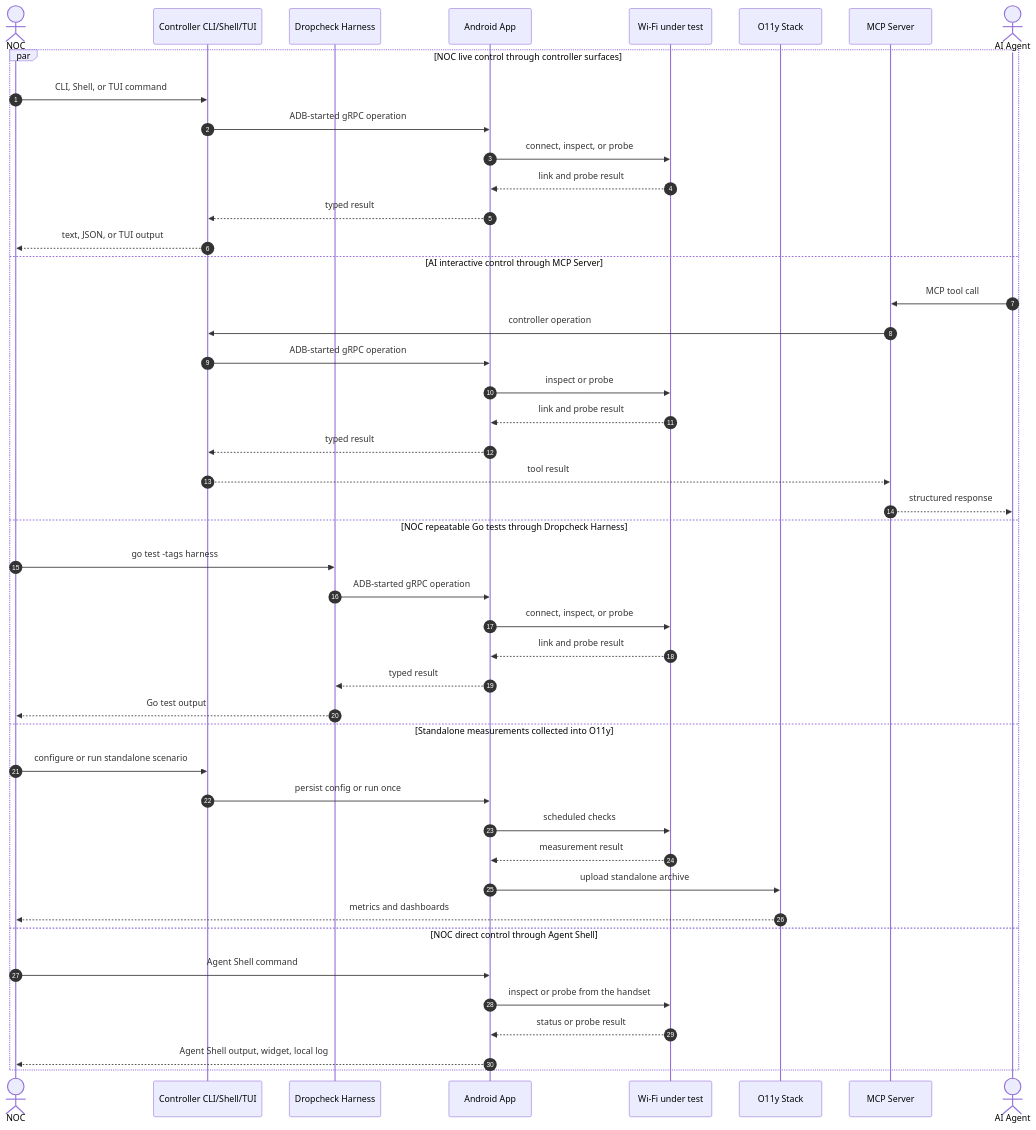
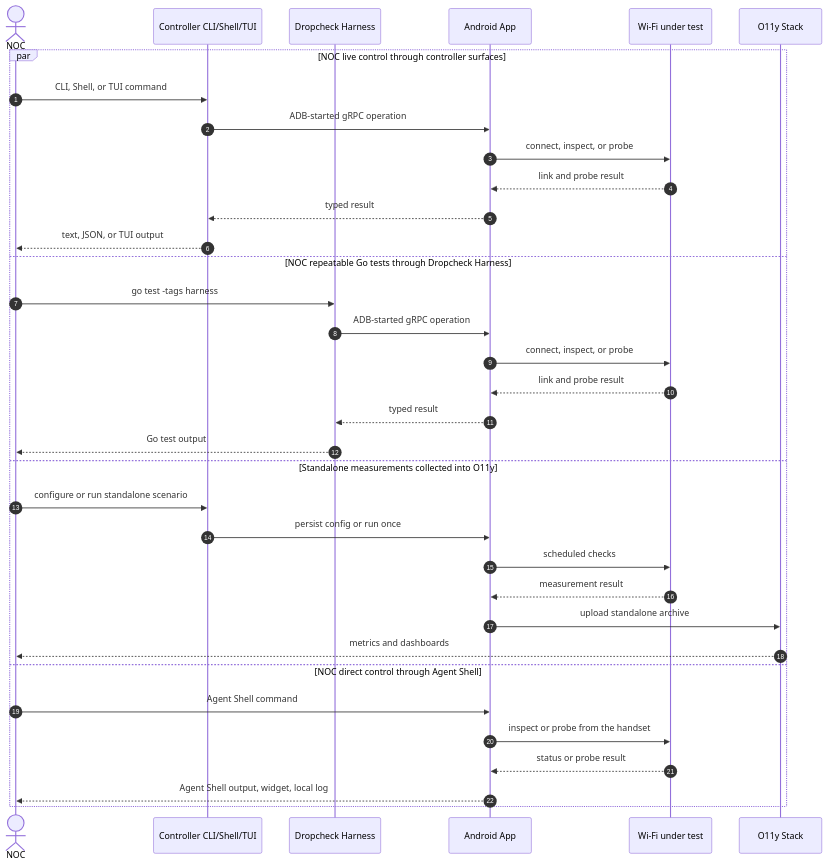
Before and after one commit to mi2428/dropcheck-agent: the diagram in README.md, drawn with Mermaid. The commit also changed other lines of this file and 19 other files, not shown here.

````diff
--- a/README.md
+++ b/README.md
@@ -14,49 +14,38 @@
 ```mermaid
 sequenceDiagram
   autonumber
   actor NOC as NOC
   participant Controller as Controller CLI/Shell/TUI
   participant Harness as Dropcheck Harness
   participant App as Android App
   participant WiFi as Wi-Fi under test
   participant O11y as O11y Stack
-  participant MCP as MCP Server
-  actor AI as AI Agent
 
   par NOC live control through controller surfaces
     NOC->>Controller: CLI, Shell, or TUI command
     Controller->>App: ADB-started gRPC operation
     App->>WiFi: connect, inspect, or probe
     WiFi-->>App: link and probe result
     App-->>Controller: typed result
     Controller-->>NOC: text, JSON, or TUI output
-  and AI interactive control through MCP Server
-    AI->>MCP: MCP tool call
-    MCP->>Controller: controller operation
-    Controller->>App: ADB-started gRPC operation
-    App->>WiFi: inspect or probe
-    WiFi-->>App: link and probe result
-    App-->>Controller: typed result
-    Controller-->>MCP: tool result
-    MCP-->>AI: structured response
   and NOC repeatable Go tests through Dropcheck Harness
     NOC->>Harness: go test -tags harness
     Harness->>App: ADB-started gRPC operation
     App->>WiFi: connect, inspect, or probe
     WiFi-->>App: link and probe result
     App-->>Harness: typed result
     Harness-->>NOC: Go test output
   and Standalone measurements collected into O11y
     NOC->>Controller: configure or run standalone scenario
     Controller->>App: persist config or run once
     App->>WiFi: scheduled checks
     WiFi-->>App: measurement result
     App->>O11y: upload standalone archive
     O11y-->>NOC: metrics and dashboards
   and NOC direct control through Agent Shell
     NOC->>App: Agent Shell command
     App->>WiFi: inspect or probe from the handset
     WiFi-->>App: status or probe result
     App-->>NOC: Agent Shell output, widget, local log
   end
 ```
````
